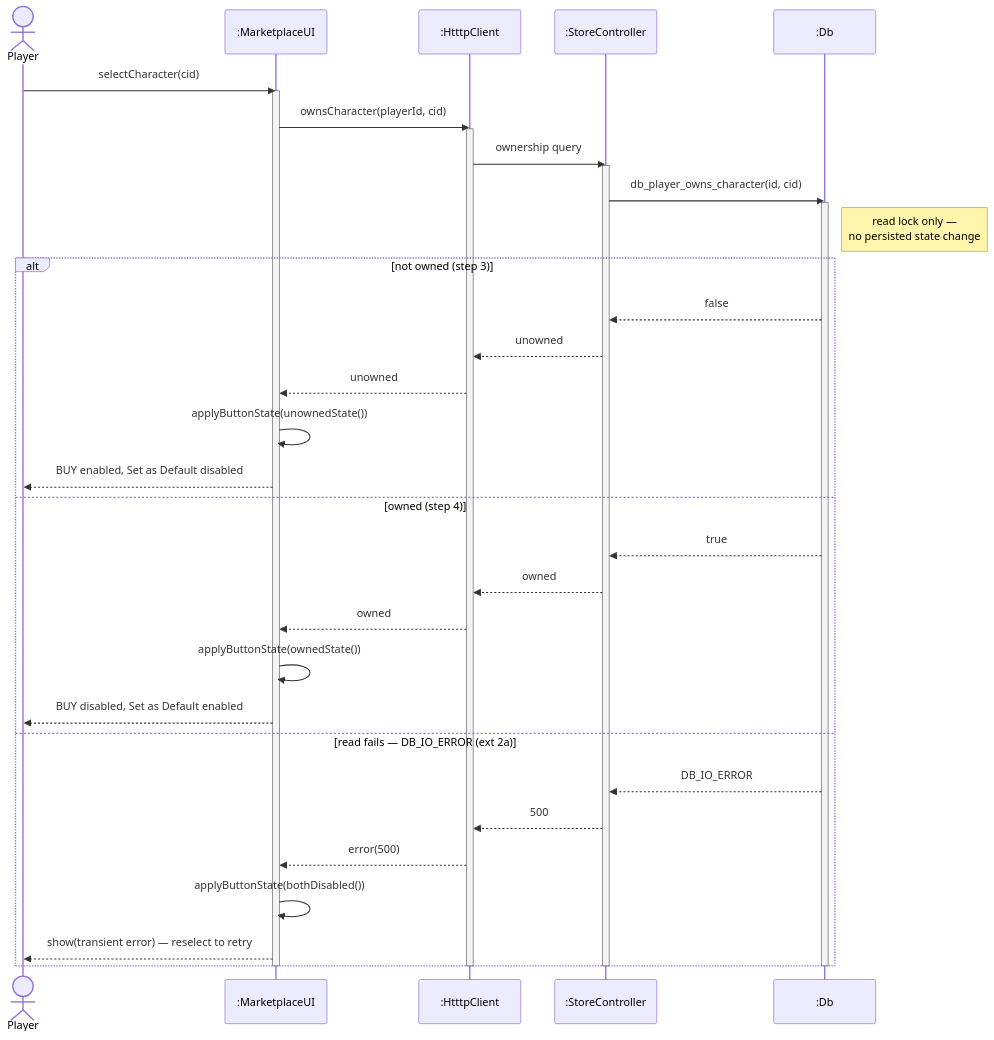
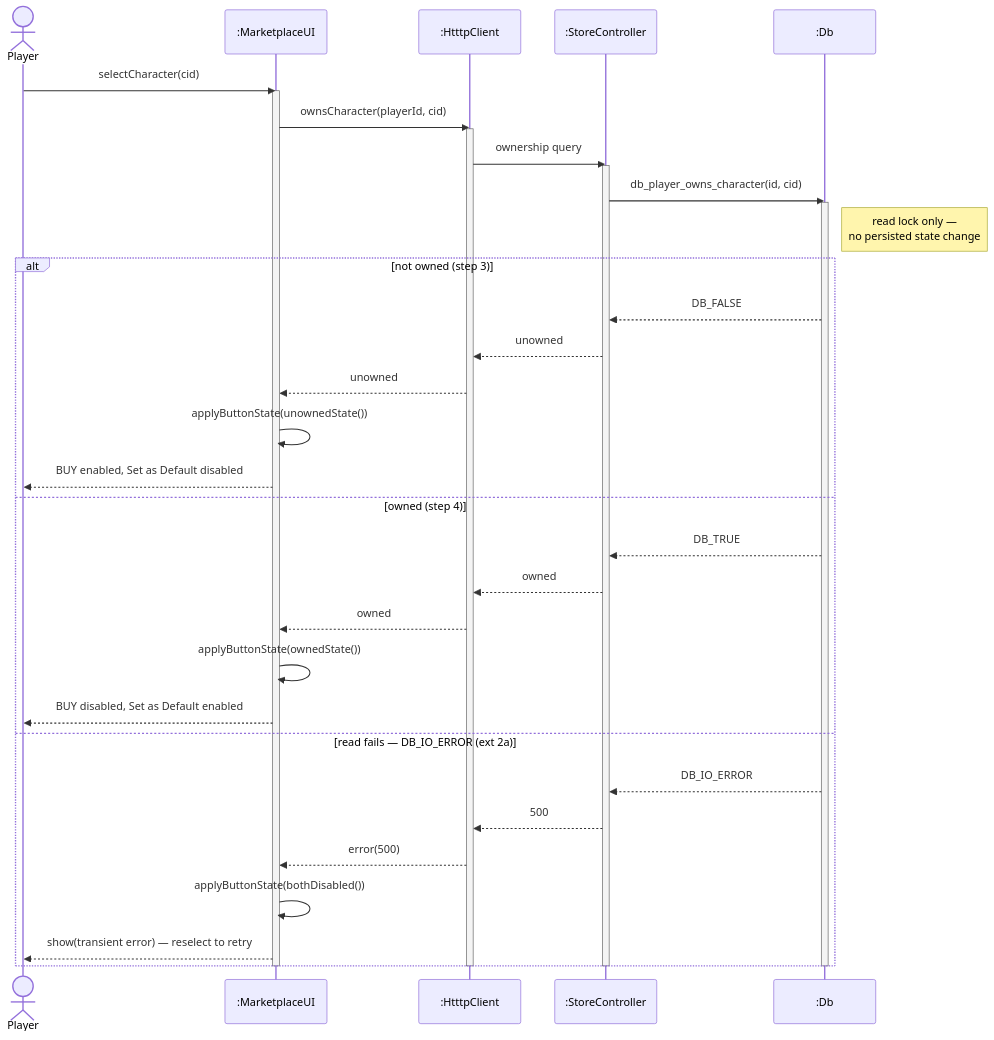
Before and after one commit to ziqiqiiii/tetriSH: the tenth of 16 diagrams in docs/diagrams/class_and_sequence_diagrams/cd_sd_uc15-uc19.md, drawn with Mermaid. The commit also changed other lines of this file and 9 other files, not shown here.

Commit message:
fix: update ownership probe documentation and diagrams to reflect new t_db_bool type

````diff
--- a/docs/diagrams/class_and_sequence_diagrams/cd_sd_uc15-uc19.md
+++ b/docs/diagrams/class_and_sequence_diagrams/cd_sd_uc15-uc19.md
@@ -782,43 +796,43 @@
 ```mermaid
 sequenceDiagram
     actor P as Player
     participant UI as :MarketplaceUI
     participant C as :HtttpClient
     participant SC as :StoreController
     participant DB as :Db
 
     P->>UI: selectCharacter(cid)
     activate UI
     UI->>C: ownsCharacter(playerId, cid)
     activate C
     C->>SC: ownership query
     activate SC
     SC->>DB: db_player_owns_character(id, cid)
     activate DB
     note right of DB: read lock only —<br/>no persisted state change
 
     alt not owned  (step 3)
-        DB-->>SC: false
+        DB-->>SC: DB_FALSE
         SC-->>C: unowned
         C-->>UI: unowned
         UI->>UI: applyButtonState(unownedState())
         UI-->>P: BUY enabled, Set as Default disabled
     else owned  (step 4)
-        DB-->>SC: true
+        DB-->>SC: DB_TRUE
         SC-->>C: owned
         C-->>UI: owned
         UI->>UI: applyButtonState(ownedState())
         UI-->>P: BUY disabled, Set as Default enabled
     else read fails — DB_IO_ERROR  (ext 2a)
         DB-->>SC: DB_IO_ERROR
         SC-->>C: 500
         C-->>UI: error(500)
         UI->>UI: applyButtonState(bothDisabled())
         UI-->>P: show(transient error) — reselect to retry
     end
 
     deactivate DB
     deactivate SC
     deactivate C
     deactivate UI
 ```
````
